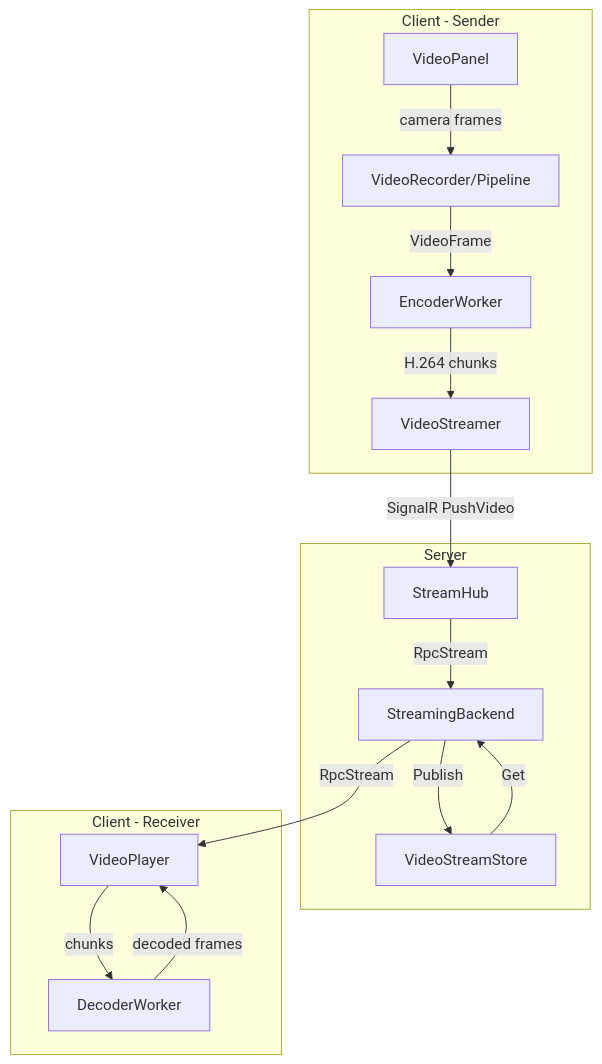
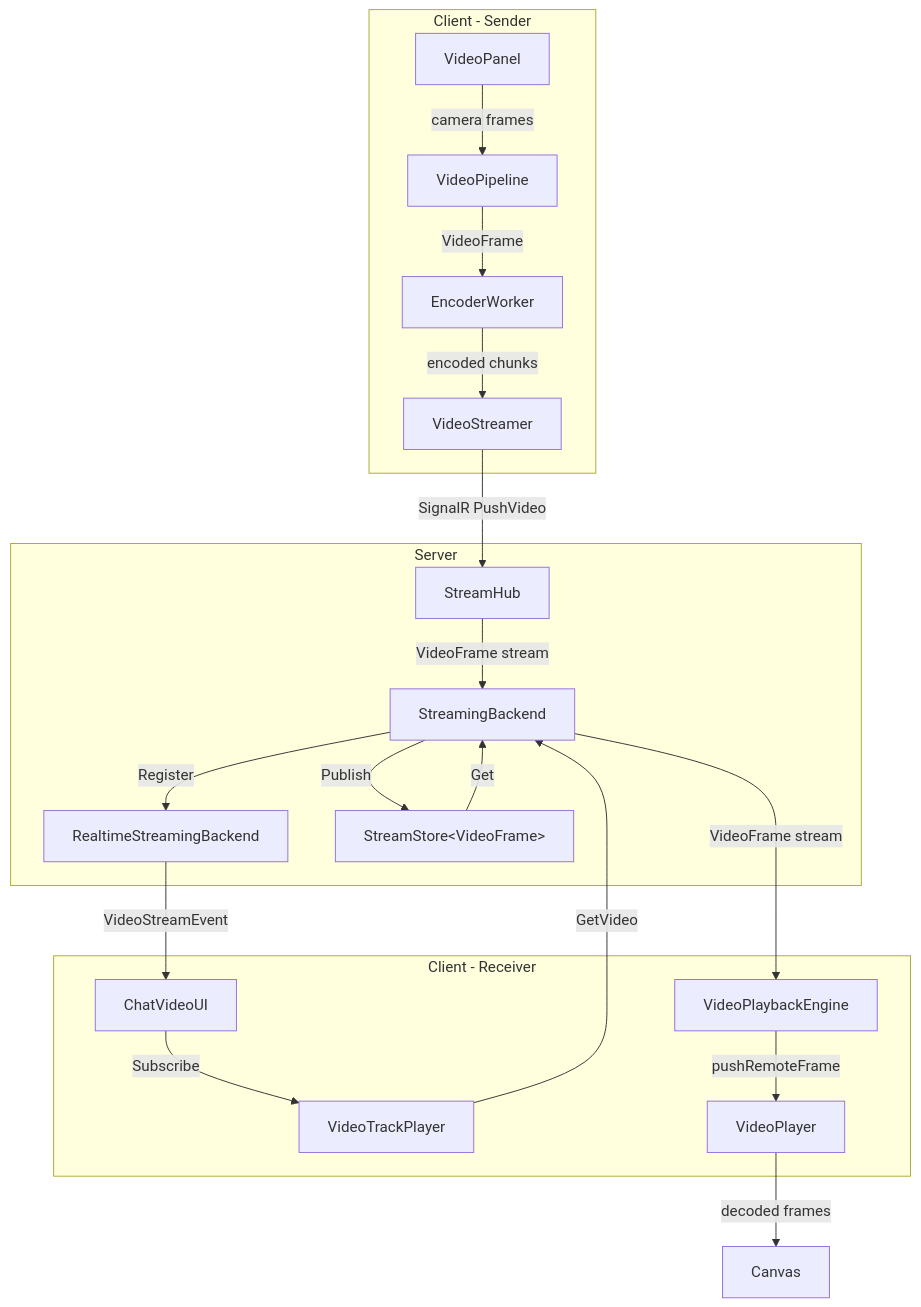
The first of 2 diagrams in plans/video-streaming-plan.md (Actual-Chat/actual-chat), drawn with Mermaid before and after one commit. The commit also changed other lines of this file and 1 other file, not shown here.

Commit message:
feat: update video streaming plan

````diff
--- a/plans/video-streaming-plan.md
+++ b/plans/video-streaming-plan.md
@@ -51,31 +35,38 @@
 ```mermaid
 flowchart TB
     subgraph Client_Sender[Client - Sender]
         VP[VideoPanel]
-        VR[VideoRecorder/Pipeline]
+        VR[VideoPipeline]
         EW[EncoderWorker]
         VS[VideoStreamer]
     end
-    
+
     subgraph Server[Server]
         SH[StreamHub]
         SB[StreamingBackend]
-        VSS[VideoStreamStore]
+        RSB[RealtimeStreamingBackend]
+        VSS[StreamStore&lt;VideoFrame&gt;]
     end
-    
+
     subgraph Client_Receiver[Client - Receiver]
-        VPR[VideoPlayer]
-        DW[DecoderWorker]
+        CVUI[ChatVideoUI]
+        VTP[VideoTrackPlayer]
+        VPE[VideoPlaybackEngine]
+        VPL[VideoPlayer]
     end
-    
+
     VP -->|camera frames| VR
     VR -->|VideoFrame| EW
-    EW -->|H.264 chunks| VS
+    EW -->|encoded chunks| VS
     VS -->|SignalR PushVideo| SH
-    SH -->|RpcStream| SB
+    SH -->|VideoFrame stream| SB
+    SB -->|Register| RSB
     SB -->|Publish| VSS
+    RSB -->|VideoStreamEvent| CVUI
+    CVUI -->|Subscribe| VTP
+    VTP -->|GetVideo| SB
     VSS -->|Get| SB
-    SB -->|RpcStream| VPR
-    VPR -->|chunks| DW
-    DW -->|decoded frames| VPR
+    SB -->|VideoFrame stream| VPE
+    VPE -->|pushRemoteFrame| VPL
+    VPL -->|decoded frames| Canvas
 ```
````
